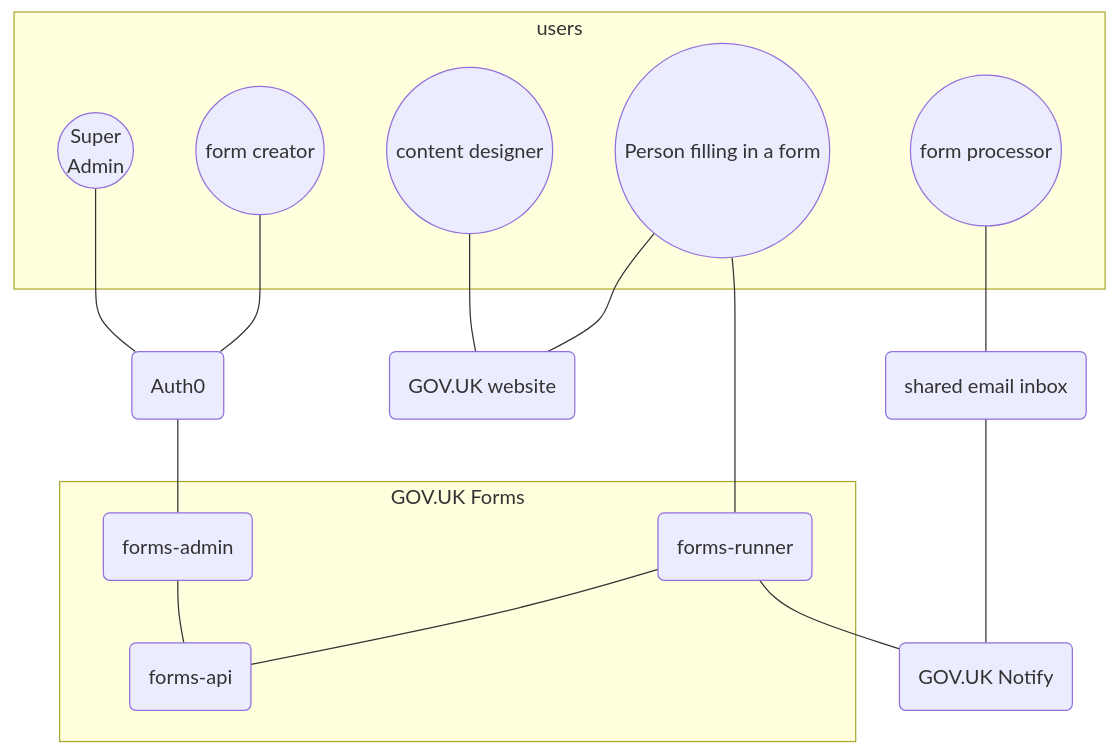
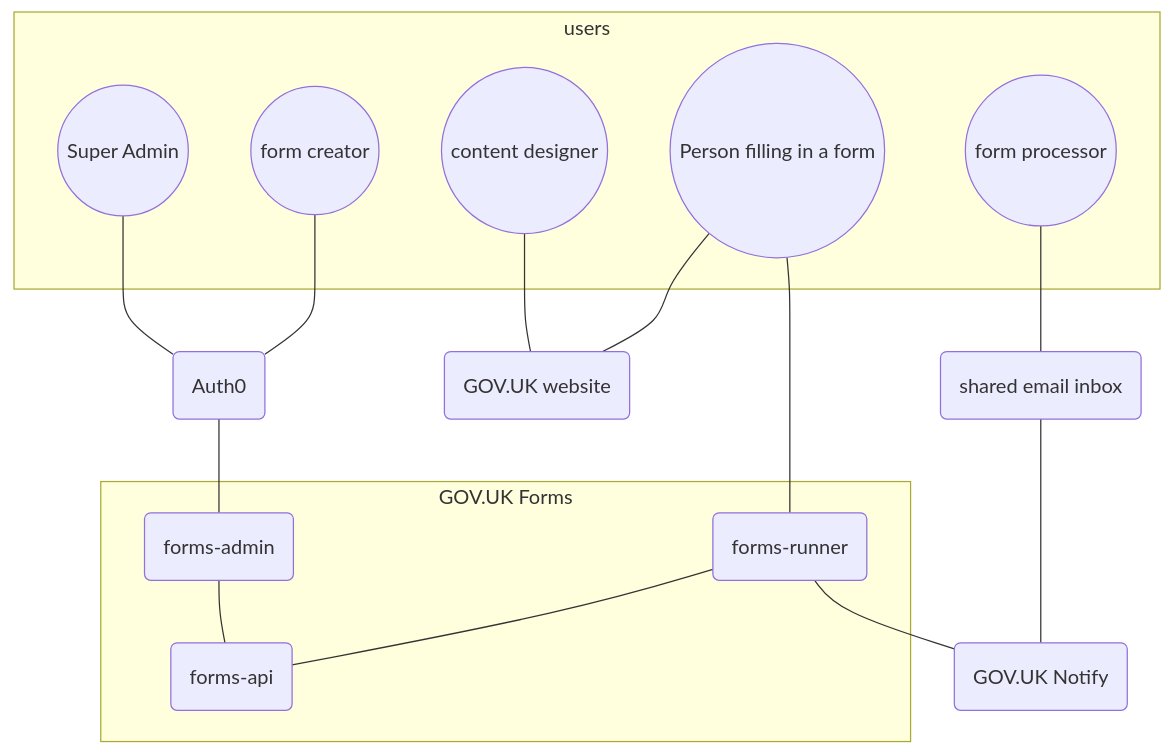
One commit to alphagov/forms changed the diagram in diagrams/sequence-diagrams/README.md. Above: the diagram before and after it, drawn with Mermaid.

Commit message:
Visual improvement

````diff
--- a/diagrams/sequence-diagrams/README.md
+++ b/diagrams/sequence-diagrams/README.md
@@ -9,33 +9,33 @@
 ```mermaid
 graph TD
     subgraph users
-        super_admin((Super<br />Admin))
+        super_admin((Super Admin))
         creator((form creator))
         content((content designer))
         user((Person filling in a form))
         processor((form processor))
     end
 
     auth0(Auth0)
     govuk(GOV.UK website)
 
     super_admin --- auth0
     creator --- auth0
     content --- govuk
 
     subgraph sg1 [GOV.UK Forms]
         admin(forms-admin)
         api(forms-api)
         runner(forms-runner)
     end
 
     auth0 --- admin --- api
     user --- govuk
     user --- runner --- api
 
     notify(GOV.UK Notify)
     inbox(shared email inbox)
 
     runner --- notify
     processor --- inbox --- notify
 ```
````
